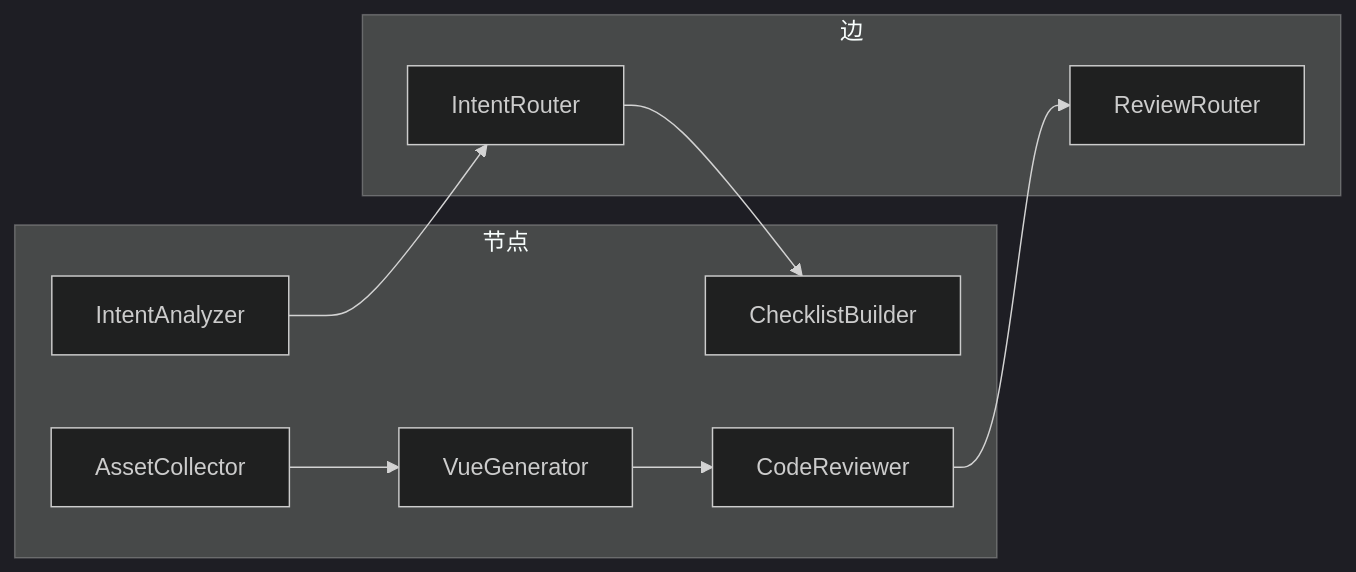
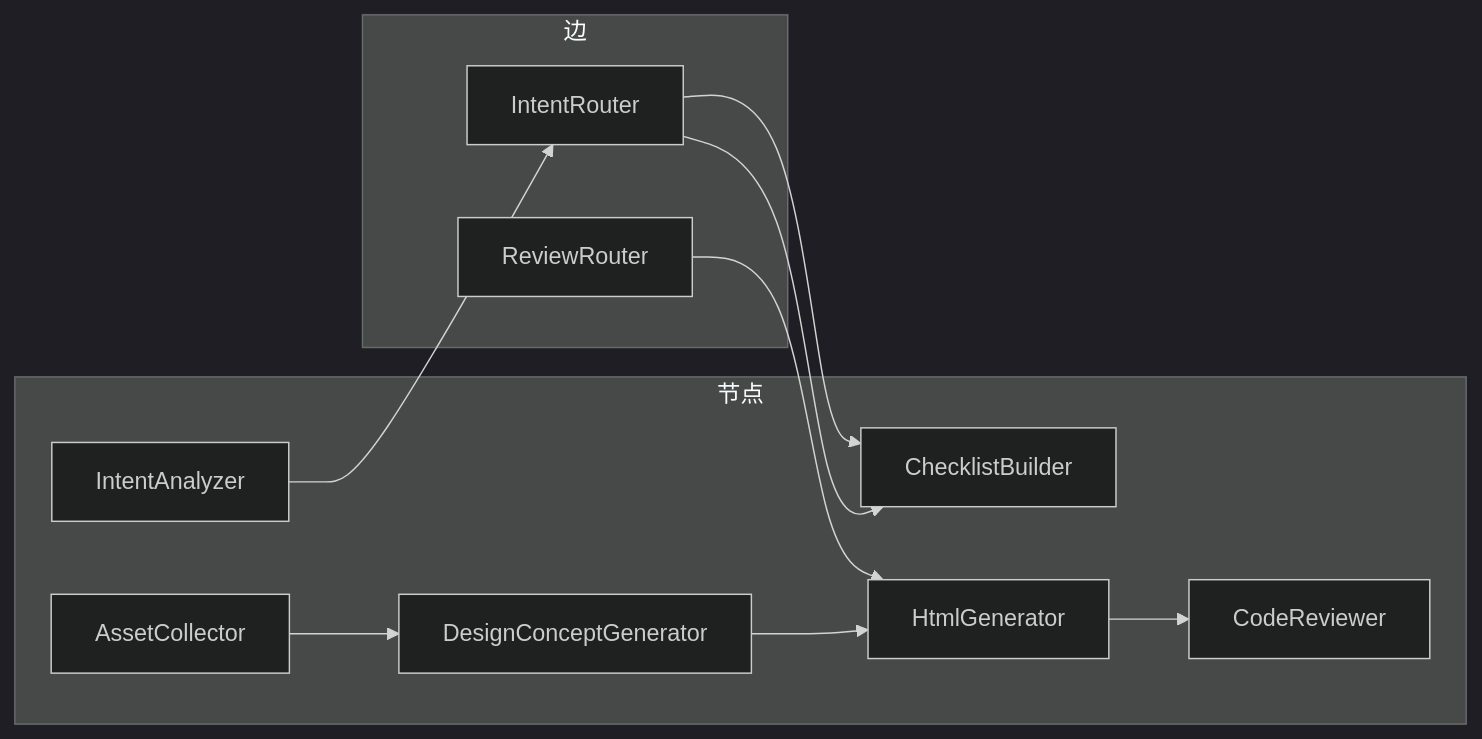
One commit to CyanYuKi/WebSiteFrontendCodeMother changed the sixth of 9 diagrams in .qoder/repowiki/zh/content/AI工作流系统/工作流引擎核心/工作流引擎核心.md. Above: the diagram before and after it, drawn with Mermaid (dark theme). The commit also changed other lines of this file and 16 other files, not shown here.

````diff
--- a/.qoder/repowiki/zh/content/AI工作流系统/工作流引擎核心/工作流引擎核心.md
+++ b/.qoder/repowiki/zh/content/AI工作流系统/工作流引擎核心/工作流引擎核心.md
@@ -302,16 +341,19 @@
 ```mermaid
 flowchart LR
 subgraph "节点"
 IA["IntentAnalyzer"]
 CB["ChecklistBuilder"]
 AC["AssetCollector"]
-VG["VueGenerator"]
+DCG["DesignConceptGenerator"]
+HG["HtmlGenerator"]
 CR["CodeReviewer"]
 end
 subgraph "边"
 IR["IntentRouter"]
 RR["ReviewRouter"]
 end
 IA --> IR --> CB
-AC --> VG --> CR --> RR
+AC --> DCG --> HG --> CR
+IR --> CB
+RR --> HG
 ```
````
